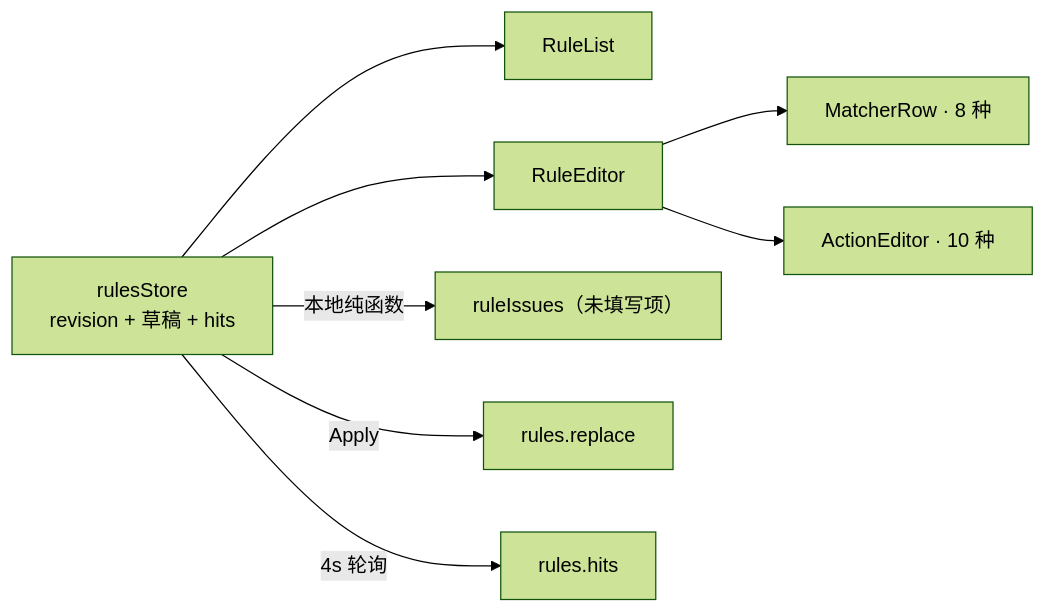
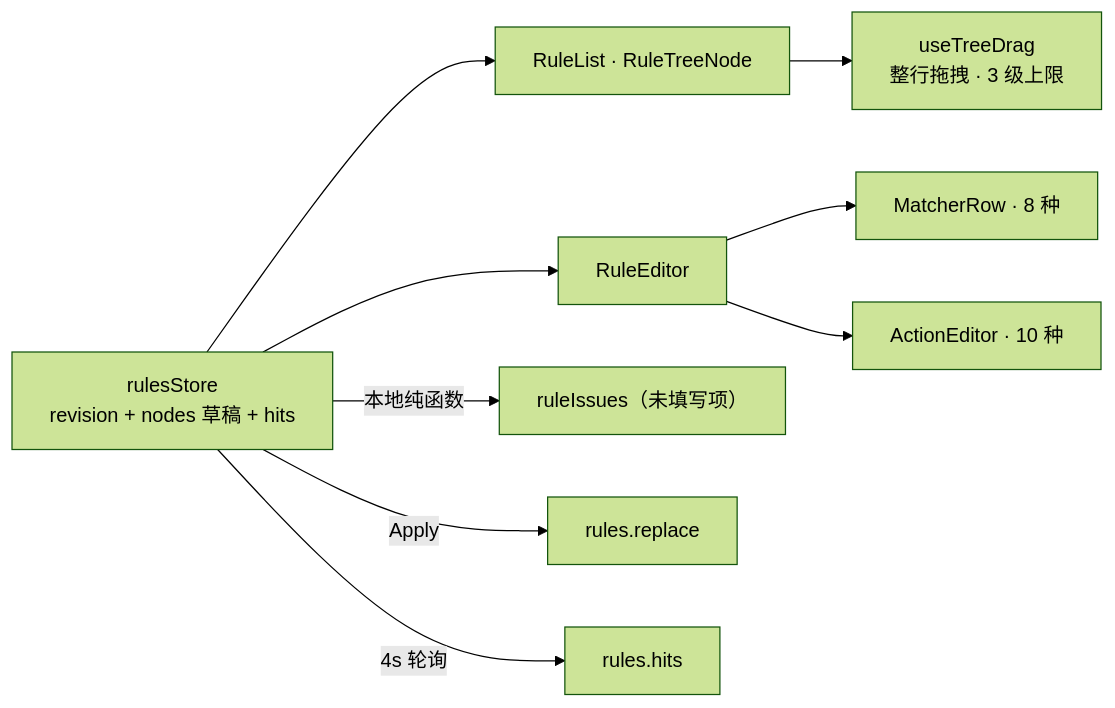
One commit to zhxmt-xm/Interceptor changed the sixth of 6 diagrams in architecture/feature-rules.md. Above: the diagram before and after it, drawn with Mermaid (forest theme). The commit also changed other lines of this file and 79 other files, not shown here.

````diff
--- a/architecture/feature-rules.md
+++ b/architecture/feature-rules.md
@@ -414,10 +430,11 @@
 ```mermaid
 flowchart LR
-    A["rulesStore<br/>revision + 草稿 + hits"] --> B["RuleList"]
+    A["rulesStore<br/>revision + nodes 草稿 + hits"] --> B["RuleList · RuleTreeNode"]
     A --> C["RuleEditor"]
     C --> D["MatcherRow · 8 种"]
     C --> E["ActionEditor · 10 种"]
     A -->|"本地纯函数"| F["ruleIssues（未填写项）"]
     A -->|"Apply"| G["rules.replace"]
     A -->|"4s 轮询"| H["rules.hits"]
+    B --> I["useTreeDrag<br/>整行拖拽 · 3 级上限"]
 ```
````
